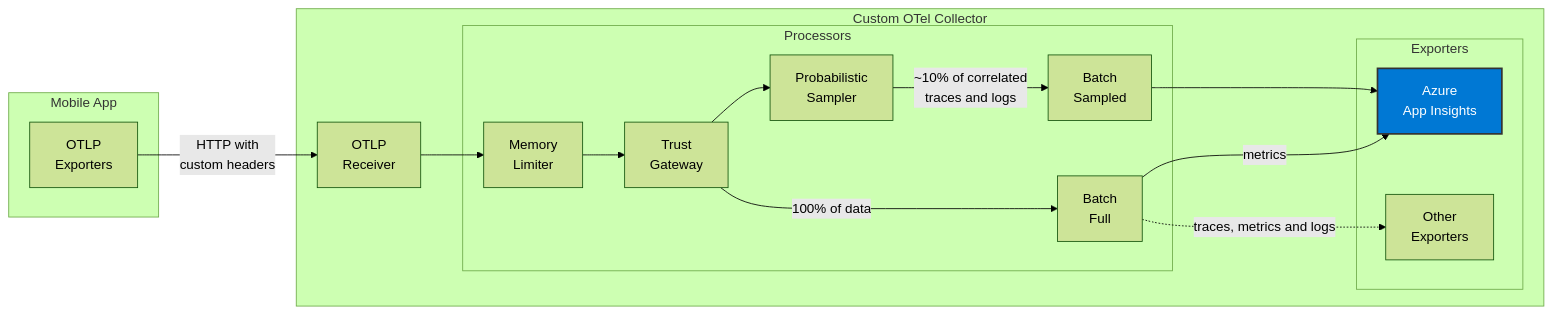
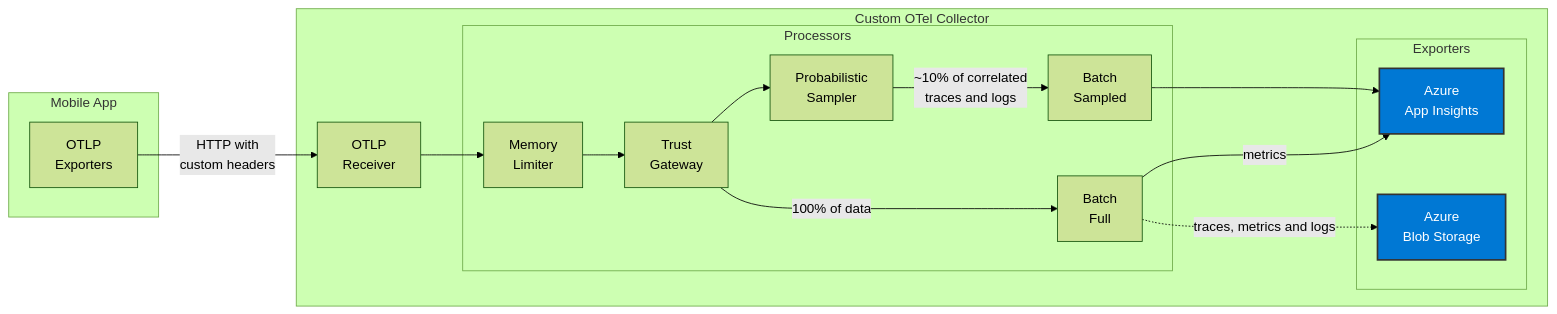
One commit to fedeoliv/otel-trust-gateway changed the diagram in README.md. Above: the diagram before and after it, drawn with Mermaid (forest theme).

Commit message:
docs: README updated

````diff
--- a/README.md
+++ b/README.md
@@ -63,39 +63,40 @@
 ```mermaid
 graph LR
     subgraph Mobile[Mobile App]
         App[OTLP <br/>Exporters]
     end
 
     App -->|HTTP with<br/>custom headers| Receiver
 
     subgraph Collector[Custom OTel Collector]
         Receiver[OTLP<br/>Receiver]
         
         subgraph Processors[Processors]
             Memory[Memory<br/>Limiter]
             TrustGW[Trust <br/>Gateway]
             Sampler[Probabilistic<br/>Sampler<br/>]
             Batch1[Batch<br/>Sampled]
             Batch2[Batch<br/>Full]
         end
         
         subgraph Exporters[Exporters]
             Azure[Azure <br/>App Insights]
-            Other[Other <br/>Exporters]
+            Other[Azure<br/>Blob Storage]
         end
         
         Receiver --> Memory
         Memory --> TrustGW
         
         TrustGW --> Sampler
         Sampler -->|~10% of correlated<br/> traces and logs| Batch1
         Batch1 --> Azure
         
         TrustGW -->|100% of data| Batch2
         Batch2 --> |metrics|Azure
         
         Batch2 -.-> |traces, metrics and logs|Other
     end
     
     style Azure fill:#0078d4,stroke:#333,stroke-width:2px,color:#fff
+    style Other fill:#0078d4,stroke:#333,stroke-width:2px,color:#fff
 ```
````
